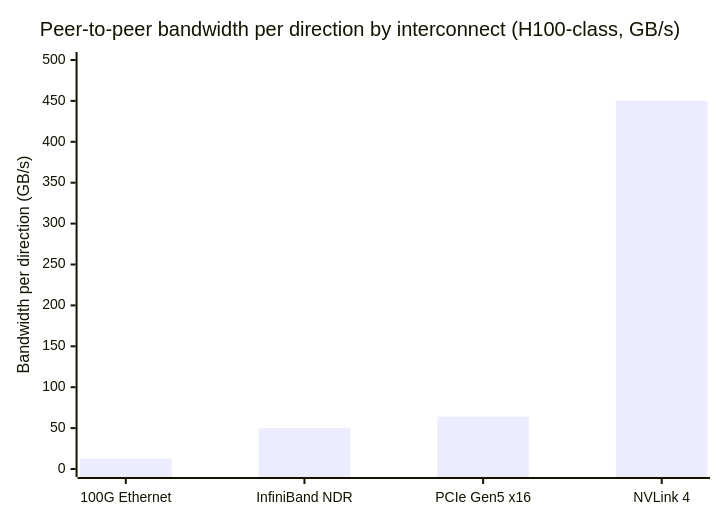
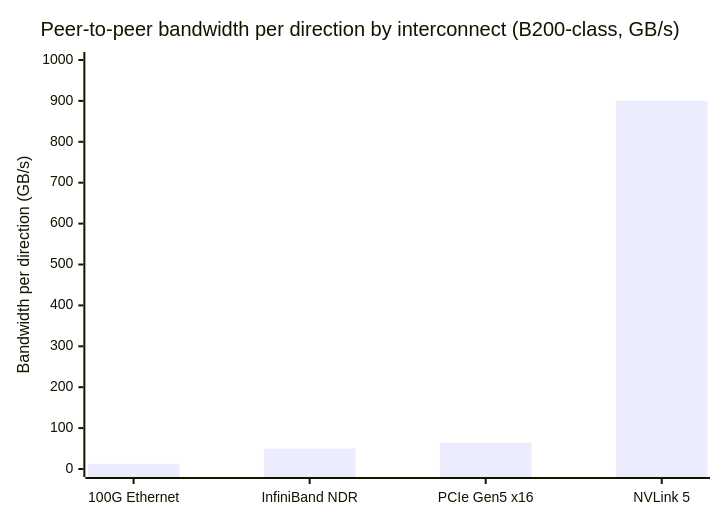
One commit to rppol/system-design changed the first of 6 diagrams in src/main/java/com/rutik/systemdesign/cuda/multi_gpu_programming_and_nccl/multi_gpu_programming_and_nccl.md. Above: the diagram before and after it, drawn with Mermaid. The commit also changed other lines of this file and 466 other files, not shown here.

````diff
--- a/src/main/java/com/rutik/systemdesign/cuda/multi_gpu_programming_and_nccl/multi_gpu_programming_and_nccl.md
+++ b/src/main/java/com/rutik/systemdesign/cuda/multi_gpu_programming_and_nccl/multi_gpu_programming_and_nccl.md
@@ -59,7 +59,7 @@
 ```mermaid
 xychart-beta
-    title "Peer-to-peer bandwidth per direction by interconnect (H100-class, GB/s)"
-    x-axis ["100G Ethernet", "InfiniBand NDR", "PCIe Gen5 x16", "NVLink 4"]
-    y-axis "Bandwidth per direction (GB/s)" 0 --> 500
-    bar [12.5, 50, 64, 450]
+    title "Peer-to-peer bandwidth per direction by interconnect (B200-class, GB/s)"
+    x-axis ["100G Ethernet", "InfiniBand NDR", "PCIe Gen5 x16", "NVLink 5"]
+    y-axis "Bandwidth per direction (GB/s)" 0 --> 1000
+    bar [12.5, 50, 64, 900]
 ```
````
